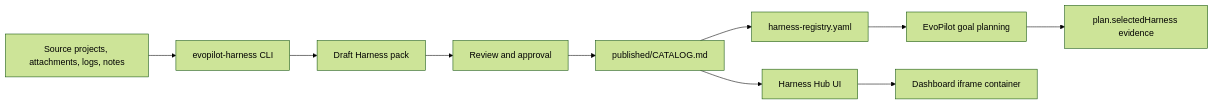
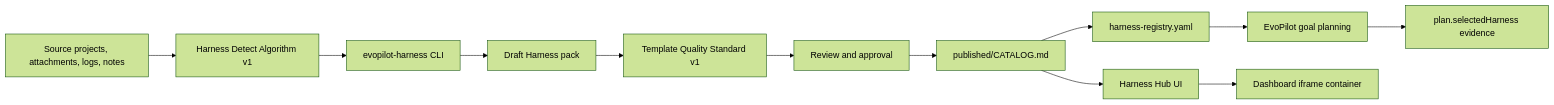
The diagram in README.md (yeliang-wang/evopilot-harness), drawn with Mermaid (forest theme) before and after one commit. The commit also changed other lines of this file and 66 other files, not shown here.

Commit message:
Release evopilot-harness v1.3.0 detect algorithm

````diff
--- a/README.md
+++ b/README.md
@@ -59,12 +94,14 @@
 ```mermaid
 flowchart LR
-  Source["Source projects, attachments, logs, notes"] --> Factory["evopilot-harness CLI"]
+  Source["Source projects, attachments, logs, notes"] --> Detect["Harness Detect Algorithm v1"]
+  Detect --> Factory["evopilot-harness CLI"]
   Factory --> Draft["Draft Harness pack"]
-  Draft --> Review["Review and approval"]
+  Draft --> Quality["Template Quality Standard v1"]
+  Quality --> Review["Review and approval"]
   Review --> Catalog["published/CATALOG.md"]
   Catalog --> Registry["harness-registry.yaml"]
   Registry --> EvoPilot["EvoPilot goal planning"]
   Catalog --> Hub["Harness Hub UI"]
   Hub --> Dashboard["Dashboard iframe container"]
   EvoPilot --> Selected["plan.selectedHarness evidence"]
 ```
````
